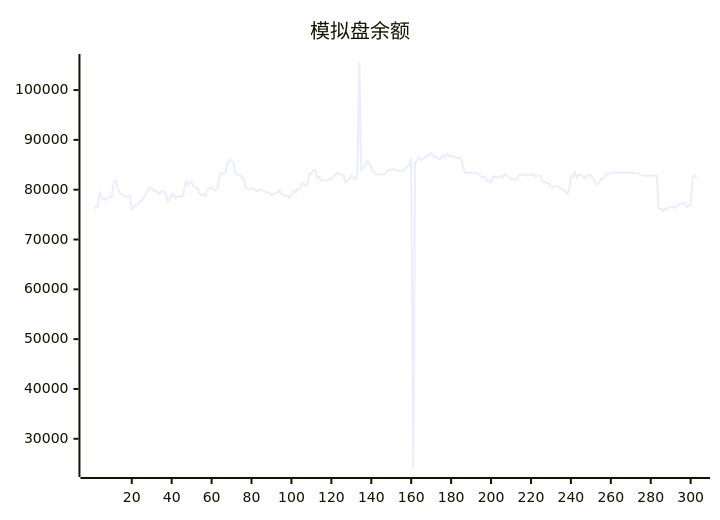
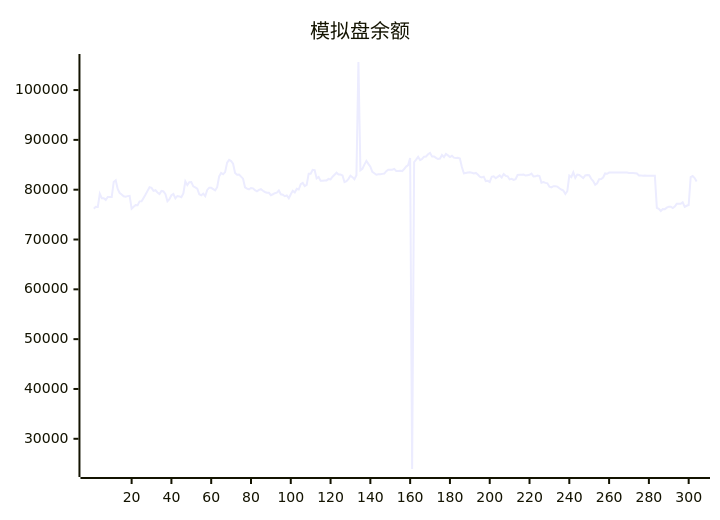
One commit to aahl/ai-trading changed the diagram in README.md. Above: the diagram before and after it, drawn with Mermaid. The commit also changed other lines of this file and 1 other file, not shown here.

````diff
--- a/README.md
+++ b/README.md
@@ -5,5 +5,5 @@
 ```mermaid
 xychart
     title "模拟盘余额"
-    line [76179,76553,76551,79196,78300,78300,77944,78531,78531,78521,81564,81884,80160,79335,79055,78675,78580,78708,78764,76179,76586,76902,76876,77658,77669,78346,79023,79769,80497,80366,79761,79896,79448,79126,79749,79658,79097,77695,78114,78888,79126,78249,78738,78653,78478,79271,81680,80923,81488,81527,80681,80455,80190,79084,78879,79193,78686,79954,80403,80374,80118,79848,80491,82665,83351,83098,83525,85430,85983,85737,85221,83378,83014,83043,82613,82216,80477,80208,80081,80348,80277,79894,79670,79965,80093,79786,79542,79406,79371,78893,79087,79304,79406,79841,79072,78978,78696,78846,78272,79085,79787,79442,80198,80031,81120,81379,80718,80985,83214,83212,83993,83921,82270,82547,81776,81776,81866,81866,82158,82061,82596,83000,83408,83041,83050,82858,81503,81691,82188,82812,82517,82092,82901,105633,83898,84180,85030,85781,85178,84604,83569,83298,83008,83093,83107,83175,83228,83729,84025,84017,84019,84177,83775,83762,83785,83738,84160,84639,84939,86370,23934,85548,86046,86599,85942,86161,86622,86664,87115,87369,86666,86685,86384,86152,86243,86969,86548,87164,86885,86566,86809,86427,86348,86417,86273,84538,83299,83369,83430,83490,83404,83270,83362,83056,82605,82459,82614,81734,81788,81551,82598,82702,82320,82580,82878,82426,83139,82778,82686,82056,82166,81963,82110,82951,82983,82984,83038,82838,82915,82998,83235,82642,82682,82858,82746,81396,81512,81362,81277,80600,80461,80699,80673,80616,80288,80038,79836,79142,79722,82837,82533,83480,82366,83032,82960,82654,82330,82883,82934,82901,82188,81728,81005,81298,82110,82135,82449,83264,83203,83440,83439,83440,83440,83446,83447,83448,83447,83448,83449,83369,83369,83369,83313,83256,82872,82873,82801,82844,82785,82791,82791,82793,82794,76339,76145,75714,76110,76096,76397,76594,76585,76310,76607,77160,77170,77160,77456,76541,76774,76927,82520,82744,82337]
+    line [76179,76553,76551,79196,78300,78300,77944,78531,78531,78521,81564,81884,80160,79335,79055,78675,78580,78708,78764,76179,76586,76902,76876,77658,77669,78346,79023,79769,80497,80366,79761,79896,79448,79126,79749,79658,79097,77695,78114,78888,79126,78249,78738,78653,78478,79271,81680,80923,81488,81527,80681,80455,80190,79084,78879,79193,78686,79954,80403,80374,80118,79848,80491,82665,83351,83098,83525,85430,85983,85737,85221,83378,83014,83043,82613,82216,80477,80208,80081,80348,80277,79894,79670,79965,80093,79786,79542,79406,79371,78893,79087,79304,79406,79841,79072,78978,78696,78846,78272,79085,79787,79442,80198,80031,81120,81379,80718,80985,83214,83212,83993,83921,82270,82547,81776,81776,81866,81866,82158,82061,82596,83000,83408,83041,83050,82858,81503,81691,82188,82812,82517,82092,82901,105633,83898,84180,85030,85781,85178,84604,83569,83298,83008,83093,83107,83175,83228,83729,84025,84017,84019,84177,83775,83762,83785,83738,84160,84639,84939,86370,23934,85548,86046,86599,85942,86161,86622,86664,87115,87369,86666,86685,86384,86152,86243,86969,86548,87164,86885,86566,86809,86427,86348,86417,86273,84538,83299,83369,83430,83490,83404,83270,83362,83056,82605,82459,82614,81734,81788,81551,82598,82702,82320,82580,82878,82426,83139,82778,82686,82056,82166,81963,82110,82951,82983,82984,83038,82838,82915,82998,83235,82642,82682,82858,82746,81396,81512,81362,81277,80600,80461,80699,80673,80616,80288,80038,79836,79142,79722,82837,82533,83480,82366,83032,82960,82654,82330,82883,82934,82901,82188,81728,81005,81298,82110,82135,82449,83264,83203,83440,83439,83440,83440,83446,83447,83448,83447,83448,83449,83369,83369,83369,83313,83256,82872,82873,82801,82844,82785,82791,82791,82793,82794,76339,76145,75714,76110,76096,76397,76594,76585,76310,76607,77160,77170,77160,77456,76541,76774,76927,82520,82744,82337,81639]
 ```
````
